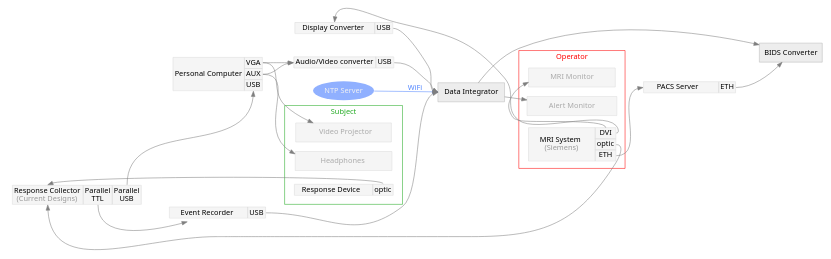
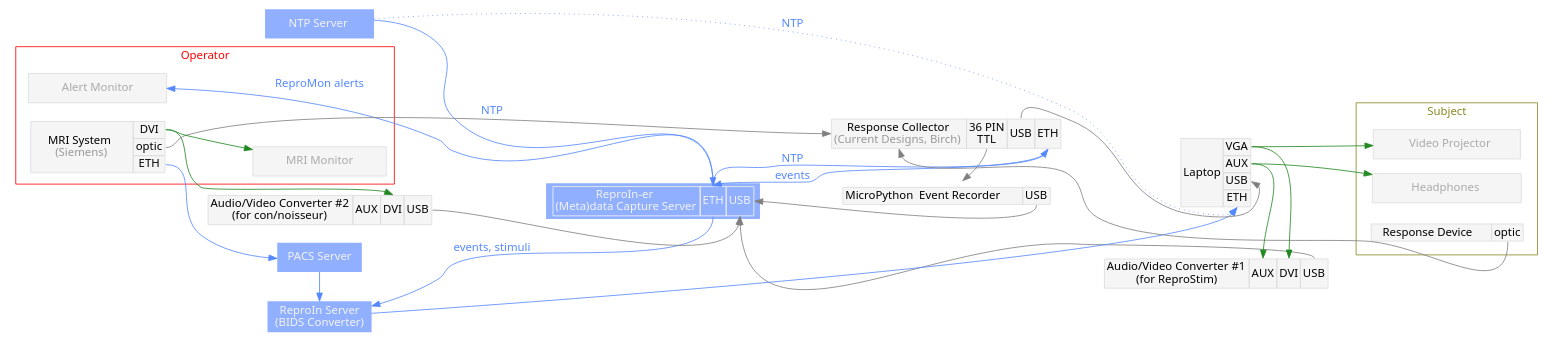
One commit to ReproNim/reprostim changed the diagram in docs/environment.dot. Above: the diagram before and after it, drawn with Graphviz.

Commit message:
Some intermediate madness with more connections etc

```diff
--- a/docs/environment.dot
+++ b/docs/environment.dot
@@ -1,15 +1,17 @@
 digraph graphname {
     //newrank=true;
-    size="14,8";
+//    size="14,8";
     graph [fontname = "sans", margin=0, splines=spline];
     rankdir="LR";
     node [fontname = "sans", style=filled];
     edge [fontname = "sans", color=gray50];
-    ntp[label="NTP Server", shape=ellipse, fillcolor="#90B0FF", color=none, fontcolor=gray95]
+    ntp[label="      NTP Server      ", shape=none, fillcolor="#90B0FF", color=none, fontcolor=gray95]
     aud[
         label =<<TABLE BORDER="0" CELLBORDER="1" CELLSPACING="0" BGCOLOR="grey96">
                 <TR>
-                    <TD PORT="a">Audio/Video converter</TD>
+                    <TD PORT="a">Audio/Video Converter #1<br/>(for ReproStim)</TD>
+					<TD PORT="aux">AUX</TD>
+                    <TD PORT="dvi">DVI</TD>
                     <TD PORT="usb">USB</TD>
                 </TR>
             </TABLE>>
@@ -20,7 +22,7 @@
     eve[
         label =<<TABLE BORDER="0" CELLBORDER="1" CELLSPACING="0" BGCOLOR="grey96">
                 <TR>
-                    <TD>      Event Recorder     </TD>
+                    <TD> MicroPython  Event Recorder     </TD>
                     <TD PORT="usb">USB</TD>
                 </TR>
             </TABLE>>
@@ -28,23 +30,41 @@
             shape=none;
             color="#DDDDDD",
     ];
-    dat[label=" Data Integrator ", shape=box, color="#BBBBBB", fillcolor=grey93];
-    pac[
-        label =<<TABLE BORDER="0" CELLBORDER="1" CELLSPACING="0" BGCOLOR="grey96">
+    dat[label="Data Capture Server", shape=none, fillcolor="#90B0FF", color=none, fontcolor=gray95];
+    dat[
+        label =<<TABLE BORDER="0" CELLBORDER="1" CELLSPACING="0">
                 <TR>
-                    <TD PORT="a">       PACS Server        </TD>
+                    <TD PORT="a"> ReproIn-er<BR/>(Meta)data Capture Server</TD>
                     <TD PORT="eth">ETH</TD>
+					<TD PORT="usb">USB</TD>
                 </TR>
             </TABLE>>
-            fillcolor=none;
+            fillcolor="#90B0FF";
             shape=none;
-            color="#DDDDDD",
+            color=gray95,
     ];
-    bid[label="BIDS Converter", shape=box, color="#BBBBBB", fillcolor=grey93];
+
+	// shape=box, color="#BBBBBB", fillcolor=grey93];
+	pac[label=" PACS Server ", shape=none, fillcolor="#90B0FF", color=none, fontcolor=gray95];
+//    pac[
+//        label =<<TABLE BORDER="0" CELLBORDER="1" CELLSPACING="0" BGCOLOR="grey96">
+//                <TR>
+//                    <TD PORT="a">       PACS Server        </TD>
+//                    <TD PORT="eth">ETH</TD>
+//                </TR>
+//            </TABLE>>
+//            fillcolor=none;
+//            shape=none;
+//            color="#DDDDDD",
+//    ];
+    bid[label="ReproIn Server\n(BIDS Converter)", shape=none, fillcolor="#90B0FF", color=none, fontcolor=gray95];
+		// shape=box, color="#BBBBBB", fillcolor=grey93];
     dis[
         label =<<TABLE BORDER="0" CELLBORDER="1" CELLSPACING="0" BGCOLOR="grey96">
                 <TR>
-                    <TD PORT="a">    Display Converter   </TD>
+                    <TD PORT="a">Audio/Video Converter #2<br/>(for con/noisseur)</TD>
+                    <TD PORT="aux">AUX</TD>
+                    <TD PORT="dvi">DVI</TD>
                     <TD PORT="usb">USB</TD>
                 </TR>
             </TABLE>>
@@ -55,9 +75,10 @@
     rec[
         label =<<TABLE BORDER="0" CELLBORDER="1" CELLSPACING="0" BGCOLOR="grey96">
                 <TR>
-                    <TD PORT="a">Response Collector<BR/><FONT COLOR="#999999">(Current Designs)</FONT></TD>
-                    <TD PORT="ttl">Parallel<BR/>TTL</TD>
-					<TD PORT="usb">Parallel<BR/>USB</TD>
+                    <TD PORT="a">Response Collector<BR/><FONT COLOR="#999999">(Current Designs, Birch)</FONT></TD>
+                    <TD PORT="ttl">36 PIN<BR/>TTL</TD>
+					<TD PORT="usb">USB</TD>
+					<TD PORT="eth">ETH</TD>
                 </TR>
             </TABLE>>
             fillcolor=none;
@@ -74,7 +95,7 @@
         mri[
             label =<<TABLE BORDER="0" CELLBORDER="1" CELLSPACING="0" BGCOLOR="grey96">
                     <TR><TD ROWSPAN="4">      MRI System     <BR/><FONT COLOR="#999999">(Siemens)</FONT></TD></TR>
-                    <TR>
+					<TR>
                         <TD PORT="dvi">DVI</TD>
                     </TR>
                     <TR>
@@ -83,7 +104,8 @@
                     <TR>
                         <TD PORT="eth">ETH</TD>
                     </TR>
-                </TABLE>>
+			
+					</TABLE>>
                 fillcolor=none,
                 shape=none,
                 color="#DDDDDD",
@@ -93,8 +115,8 @@
 
     subgraph cluster_subject {
         label="Subject";
-        fontcolor="#22AA22";
-        color="#22AA22";
+        fontcolor="#888822";
+        color="#888822";
         margin=10;
 
         vid[label="          Video Projector       ", shape=box, color="#DDDDDD", fillcolor=grey96, fontcolor="#AAAAAA"];
@@ -112,7 +134,7 @@
         ];
     }
 
-	subgraph experimenter {
+	subgraph cluster_experimenter {
         label="Experimenter";
         fontcolor="#22AA22";
         color="#22AA22";
@@ -120,7 +142,7 @@
 
         per[
             label =<<TABLE BORDER="0" CELLBORDER="1" CELLSPACING="0" BGCOLOR="grey96">
-                    <TR><TD ROWSPAN="4">Personal Computer</TD></TR>
+                    <TR><TD ROWSPAN="5">Laptop</TD></TR>
                     <TR>
                         <TD PORT="vga">VGA</TD>
                     </TR>
@@ -130,6 +152,9 @@
                     <TR>
                         <TD PORT="usb">USB</TD>
                     </TR>
+                    <TR>
+                        <TD PORT="eth">ETH</TD>
+                    </TR>
 				</TABLE>>
                 fillcolor=none;
                 shape=none;
@@ -137,30 +162,43 @@
         ];
 	}
 
-    mri:dvi:n -> mrm[constraint=false];
-    per:vga -> vid;
-    per:aux:e -> hea;
+    mri:dvi -> mrm[//constraint=false,
+				   color="#228822"];
+    per:vga -> vid[color="#228822"];
+    per:aux -> hea[color="#228822"];
 	rec:usb -> per:usb;
+	dat:eth -> rec:eth[label="NTP", color="#5588FF", fontcolor="#5588FF"];
+	rec:eth -> dat:eth[label="events", color="#5588FF", fontcolor="#5588FF"];
     mri:optic -> rec:a;
     res:optic -> rec:a;
     rec:ttl -> eve;
-    eve:usb -> dat:w;
-    mri:dvi:e -> dis:a;
-    per:vga -> aud:a:w[weight=5];
-    per:aux:e -> aud:a:w;
-    mri:eth -> pac:a;
-    pac:eth:e -> bid;
-    dat -> bid;
-    dis:usb -> dat:w;
-    ntp -> dat[label="WiFi   ", color="#5588FF", fontcolor="#5588FF"];
-    aud:usb -> dat:w;
-    dat -> ale[weight=3];
+    eve:usb -> dat:usb;
+    mri:dvi -> dis:dvi[color="#228822"];
+    per:vga -> aud:dvi[color="#228822",
+					 //weight=5
+					 ];
+    per:aux -> aud:aux[color="#228822"];
+    mri:eth -> pac[color="#5588FF", fontcolor="#5588FF"];
+    pac -> bid[color="#5588FF", fontcolor="#5588FF"];
+    dat:eth -> bid[label="events, stimuli", color="#5588FF", fontcolor="#5588FF"];
+    dis:usb -> dat:usb;
+    ntp:eth -> dat:eth[label="NTP",
+			   color="#5588FF", fontcolor="#5588FF"];
+    aud:usb -> dat:usb;
+    dat:eth -> ale[label="ReproMon alerts", // weight=3,
+				   color="#5588FF", fontcolor="#5588FF"];
+	bid -> per:eth[color="#5588FF", fontcolor="#5588FF"];
+	ntp -> per:eth[label="NTP",
+			   color="#5588FF", fontcolor="#5588FF", style="dotted"];
     //{ rank=same; op1; op2; }
-//yohdisabled    { rank=same; aud; rec; dis; pac; eve}
+//    { rank=same; aud; rec; dis; pac; eve}
     //{ rank=same; aud; rec; dis; pac; vid; hea; res }
     //{ rank=same; aud; rec; dis; pac; hea; vid; res}
     //{ rank=same; mri; pac; }
-//yohdisabled    { rank=same; ntp; dat; bid; }
+	//    { rank=same; ntp; dat; bid; }
+	{ rank=same; ntp; bid; pac; }
+	{ rank=same; eve; rec; }
+	{ rank=same; aud; per; }  // laptop and recording nearby
     //{ rank=same; dvi; aux; vga; }
     //{ rank=same; per; mri; mrm; vid; hea; res; }
     //{ rank=same; cluster_subject; cluster_operator; }
```
